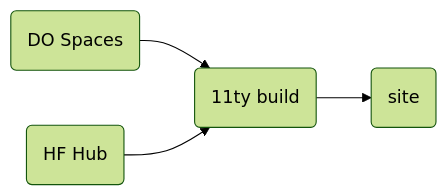
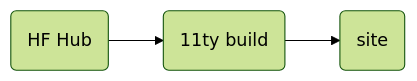
One commit to apjanco/lenticular changed the second of 2 diagrams in docs/workflow.md. Above: the diagram before and after it, drawn with Mermaid (forest theme). The commit also changed other lines of this file, not shown here.

Commit message:
debugged normalizer, now working as expected

````diff
--- a/docs/workflow.md
+++ b/docs/workflow.md
@@ -39,6 +40,5 @@
 ```mermaid
 flowchart LR
-    a("DO Spaces") --> b("11ty build")
-    c("HF Hub") --> b("11ty build")
+    a("HF Hub") --> b("11ty build")
     b --> d("site")
 ```
````
